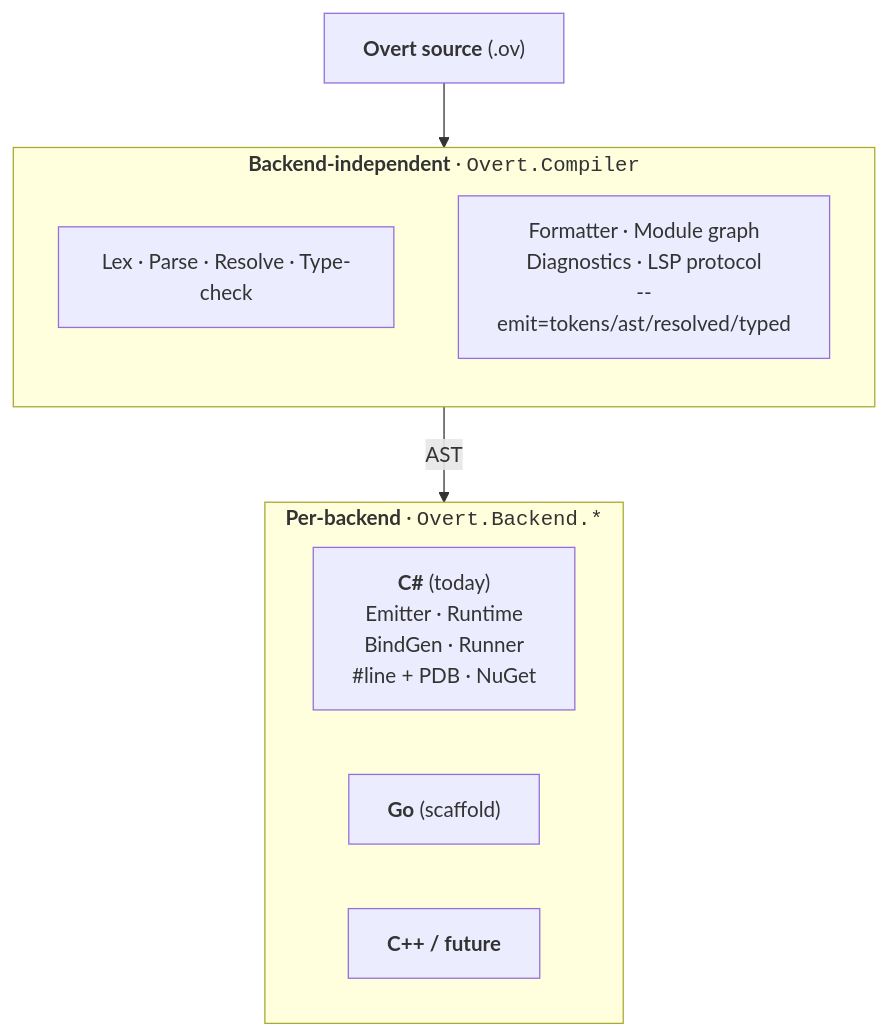
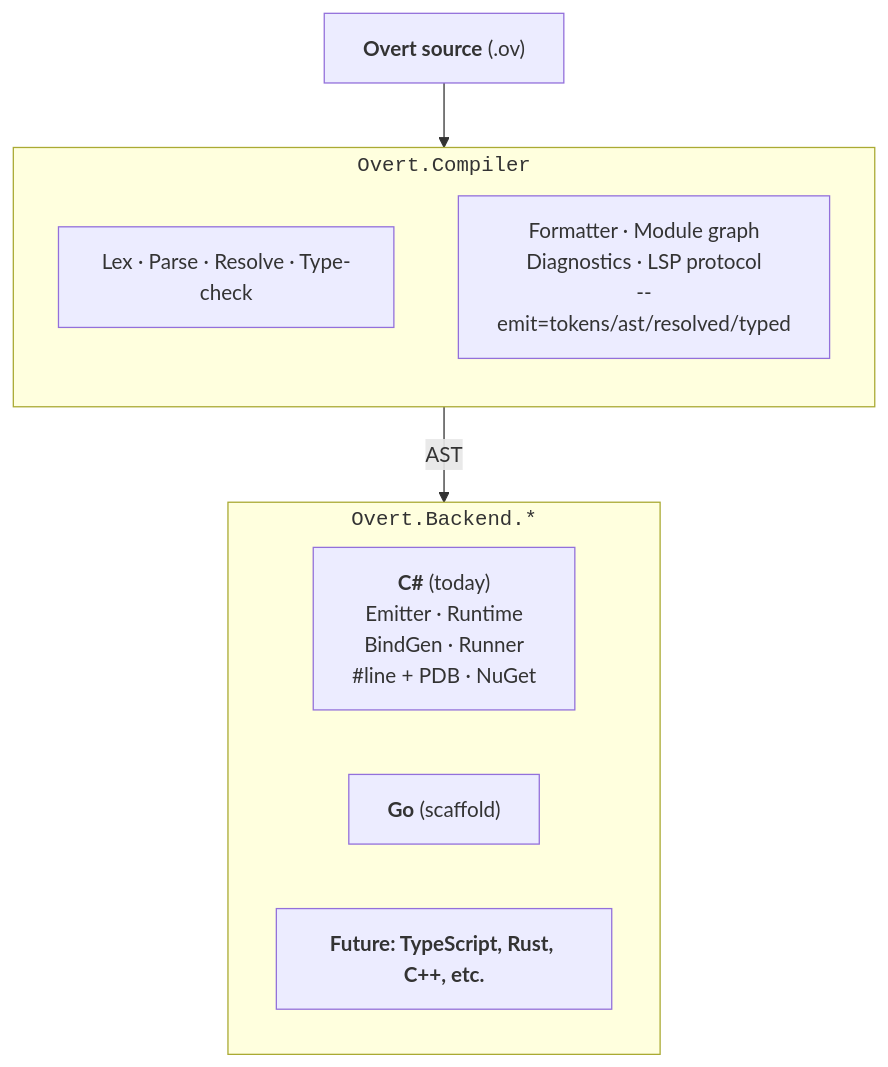
Before and after one commit to paulmooreparks/Overt: the diagram in README.md, drawn with Mermaid. The commit also changed 11 other files, not shown here.

````diff
--- a/README.md
+++ b/README.md
@@ -66,20 +66,20 @@
 ```mermaid
 flowchart TB
     src["<b>Overt source</b> (.ov)"]
 
-    subgraph tier1 ["<b>Backend-independent</b> · <code>Overt.Compiler</code>"]
+    subgraph tier1 ["<code>Overt.Compiler</code>"]
         direction TB
         pipe["Lex · Parse · Resolve · Type-check"]
         shared["Formatter · Module graph<br/>Diagnostics · LSP protocol<br/>--emit=tokens/ast/resolved/typed"]
     end
 
-    subgraph tier2 ["<b>Per-backend</b> · <code>Overt.Backend.*</code>"]
+    subgraph tier2 ["<code>Overt.Backend.*</code>"]
         direction LR
         cs["<b>C#</b> (today)<br/>Emitter · Runtime<br/>BindGen · Runner<br/>#line + PDB · NuGet"]
         go["<b>Go</b> (scaffold)"]
-        cpp["<b>C++ / future</b>"]
+        future["<b>Future: TypeScript, Rust, C++, etc.</b>"]
     end
 
     src --> tier1
     tier1 -->|AST| tier2
 ```
````
